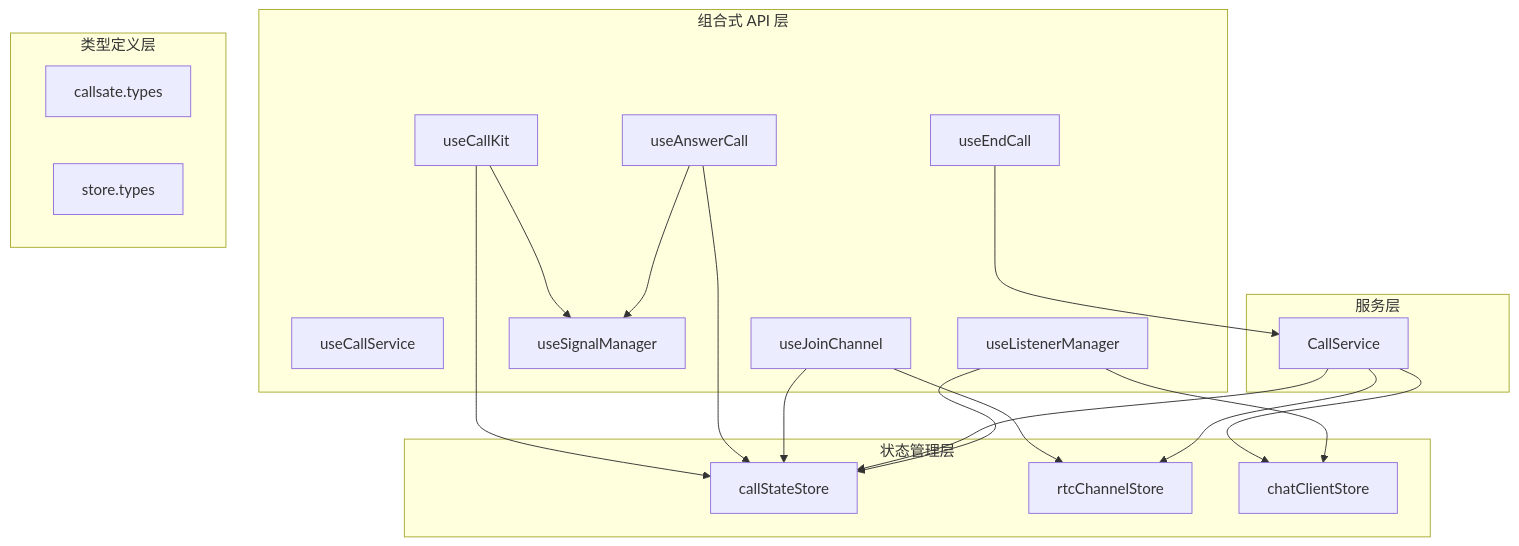
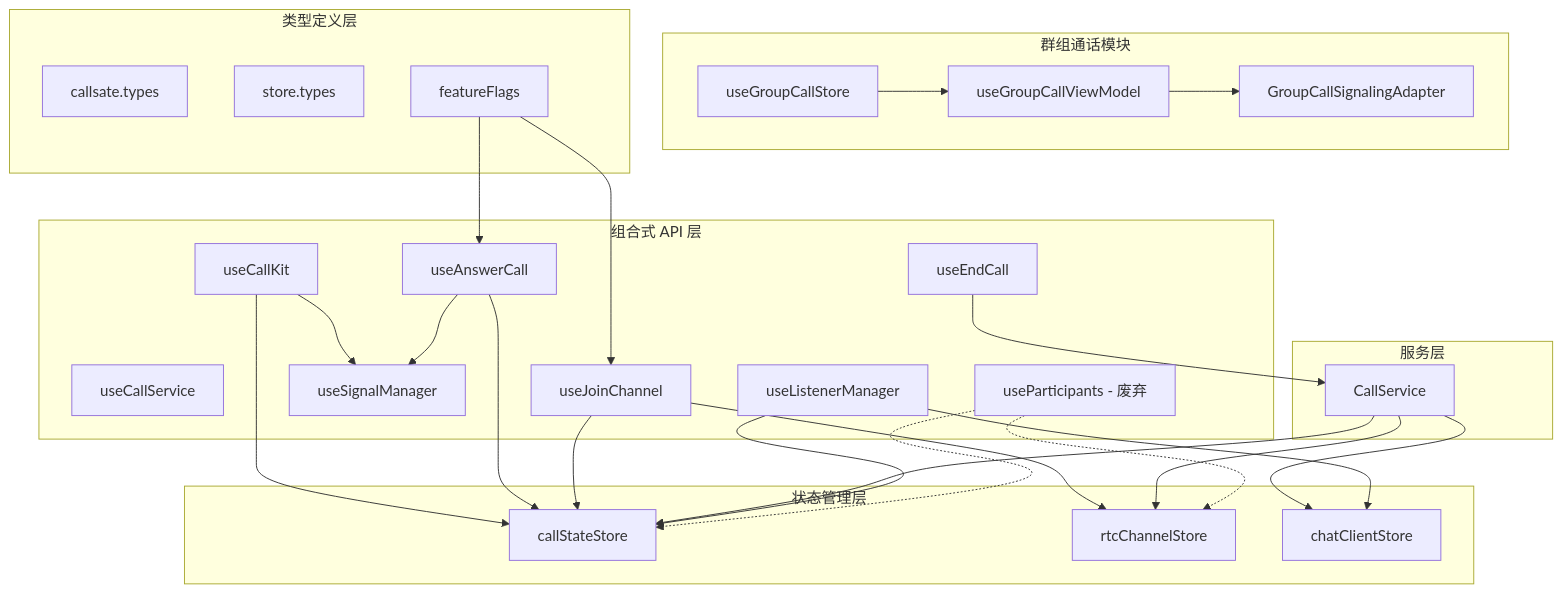
The first of 10 diagrams in .qoder/repowiki/zh/content/组合式 API/通话控制 API.md (Easemob-Community/easemob-uikit-callkit-vue3), drawn with Mermaid before and after one commit. The commit also changed other lines of this file and 54 other files, not shown here.

````diff
--- a/.qoder/repowiki/zh/content/组合式 API/通话控制 API.md
+++ b/.qoder/repowiki/zh/content/组合式 API/通话控制 API.md
@@ -47,36 +63,49 @@
 ```mermaid
 graph TB
 subgraph "组合式 API 层"
 CK[useCallKit]
 CS[useCallService]
 EC[useEndCall]
 AC[useAnswerCall]
 JC[useJoinChannel]
 SM[useSignalManager]
 LM[useListenerManager]
+UP[useParticipants - 废弃]
+end
+subgraph "群组通话模块"
+GCS[useGroupCallStore]
+GCV[useGroupCallViewModel]
+GCA[GroupCallSignalingAdapter]
 end
 subgraph "服务层"
 CSVC[CallService]
 end
 subgraph "状态管理层"
 CSS[callStateStore]
 RCS[rtcChannelStore]
 CCS[chatClientStore]
 end
 subgraph "类型定义层"
 CT[callsate.types]
 ST[store.types]
+GF[featureFlags]
 end
 CK --> SM
 CK --> CSS
 EC --> CSVC
 AC --> SM
 AC --> CSS
 JC --> RCS
 JC --> CSS
 CSVC --> CSS
 CSVC --> RCS
 CSVC --> CCS
 LM --> CSS
 LM --> CCS
+GCS --> GCV
+GCV --> GCA
+GF --> AC
+GF --> JC
+UP -.-> CSS
+UP -.-> RCS
 ```
````
